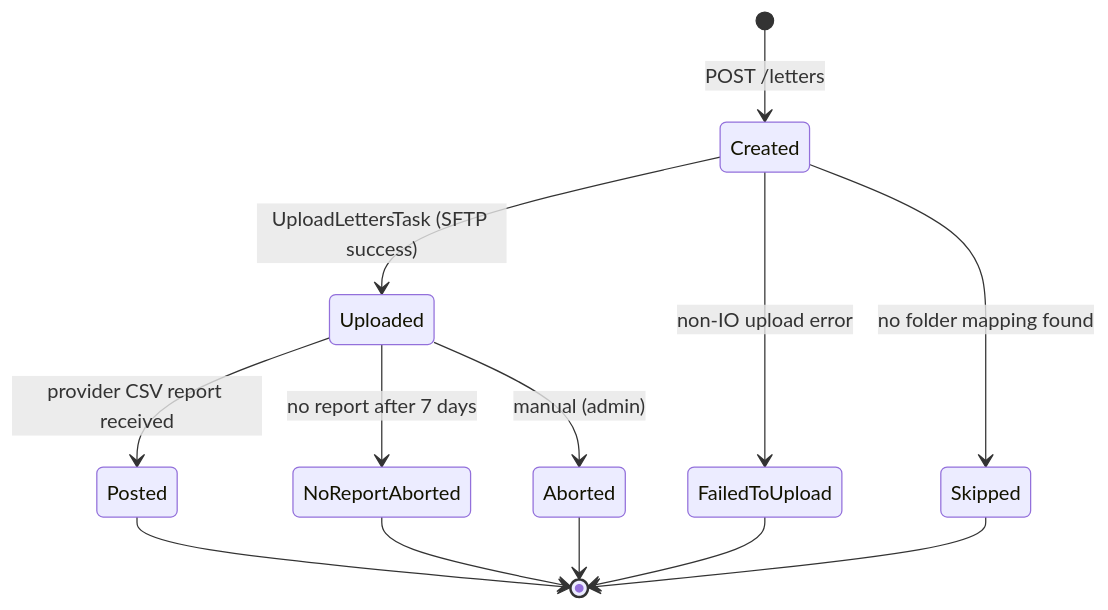
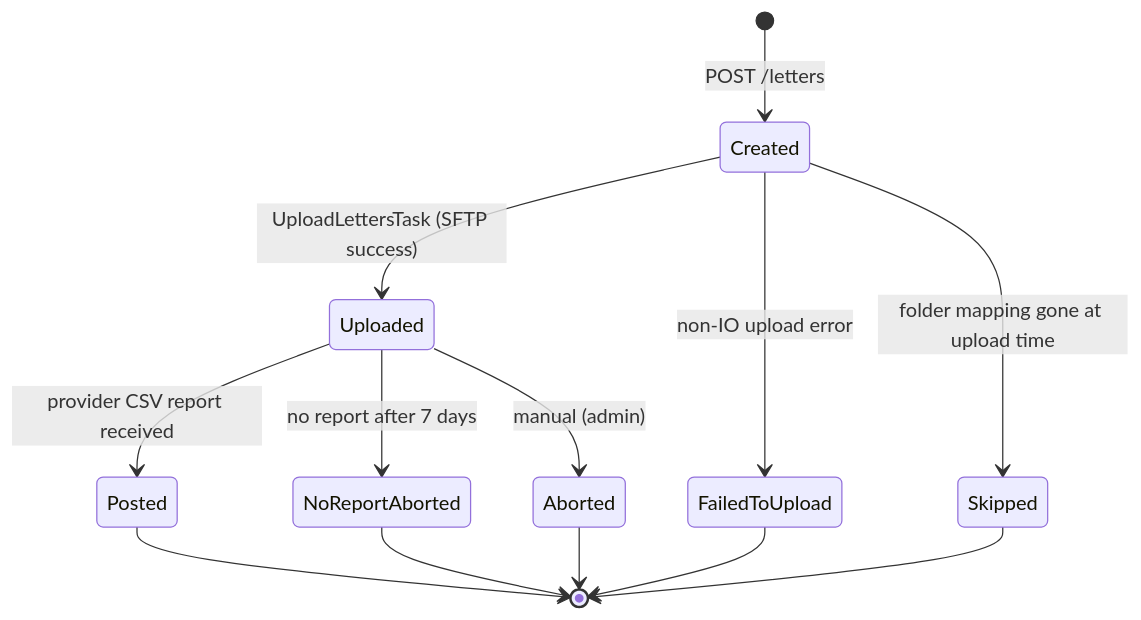
The diagram in apps/send-letter/docs/explanation/overview.md (hmcts/cft-workspace), drawn with Mermaid before and after one commit. The commit also changed other lines of this file and 6 other files, not shown here.

````diff
--- a/apps/send-letter/docs/explanation/overview.md
+++ b/apps/send-letter/docs/explanation/overview.md
@@ -101,15 +120,15 @@
 ```mermaid
 stateDiagram-v2
     [*] --> Created : POST /letters
     Created --> Uploaded : UploadLettersTask (SFTP success)
     Created --> FailedToUpload : non-IO upload error
-    Created --> Skipped : no folder mapping found
+    Created --> Skipped : folder mapping gone at upload time
     Uploaded --> Posted : provider CSV report received
     Uploaded --> NoReportAborted : no report after 7 days
     Uploaded --> Aborted : manual (admin)
     Posted --> [*]
     FailedToUpload --> [*]
     Skipped --> [*]
     Aborted --> [*]
     NoReportAborted --> [*]
 ```
````
